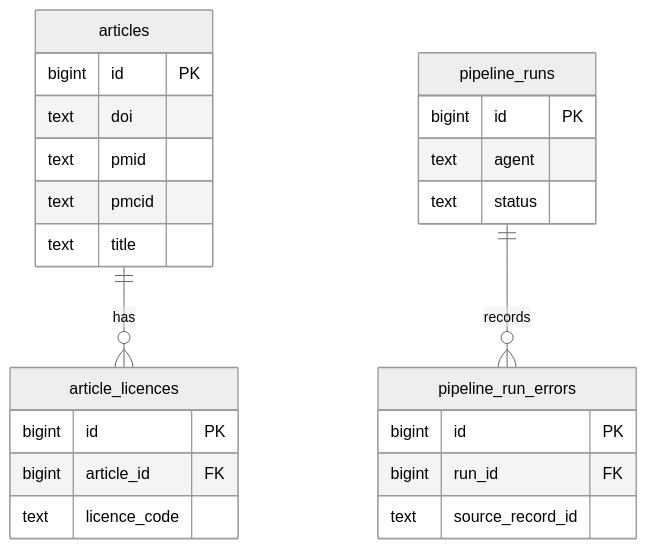
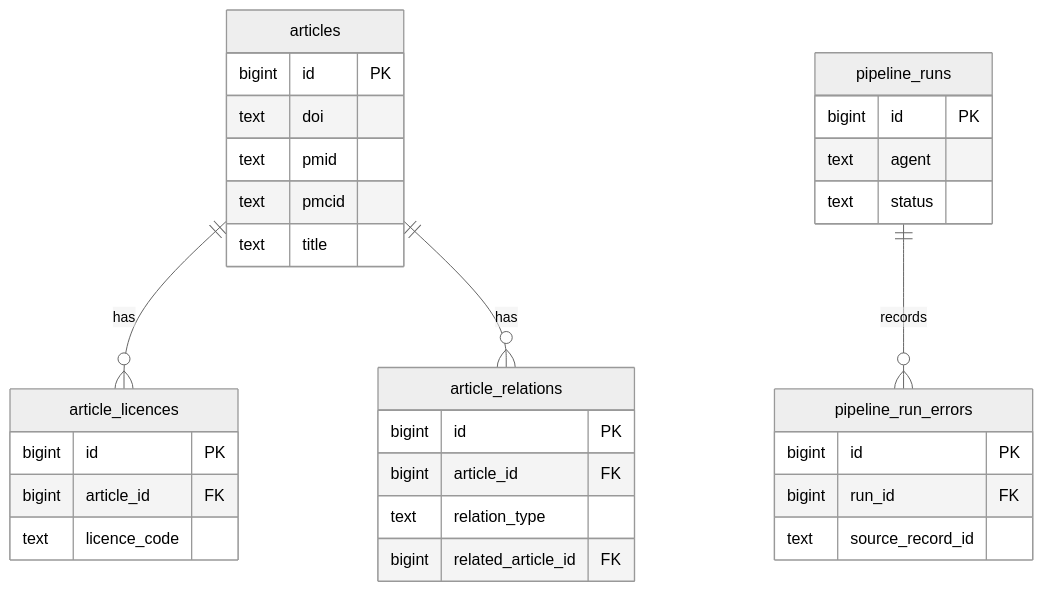
The diagram in docs/database.md (wpalombini/nutri-minutes), drawn with Mermaid (neutral theme) before and after one commit. The commit also changed other lines of this file and 20 other files, not shown here.

Commit message:
Scaffold Python workers with Alembic and the Scout schema

````diff
--- a/docs/database.md
+++ b/docs/database.md
@@ -9,28 +9,35 @@
 ```mermaid
 erDiagram
     articles ||--o{ article_licences : "has"
+    articles ||--o{ article_relations : "has"
     pipeline_runs ||--o{ pipeline_run_errors : "records"
 
     articles {
         bigint id PK
         text doi
         text pmid
         text pmcid
         text title
     }
     article_licences {
         bigint id PK
         bigint article_id FK
         text licence_code
     }
+    article_relations {
+        bigint id PK
+        bigint article_id FK
+        text relation_type
+        bigint related_article_id FK
+    }
     pipeline_runs {
         bigint id PK
         text agent
         text status
     }
     pipeline_run_errors {
         bigint id PK
         bigint run_id FK
         text source_record_id
     }
 ```
````
